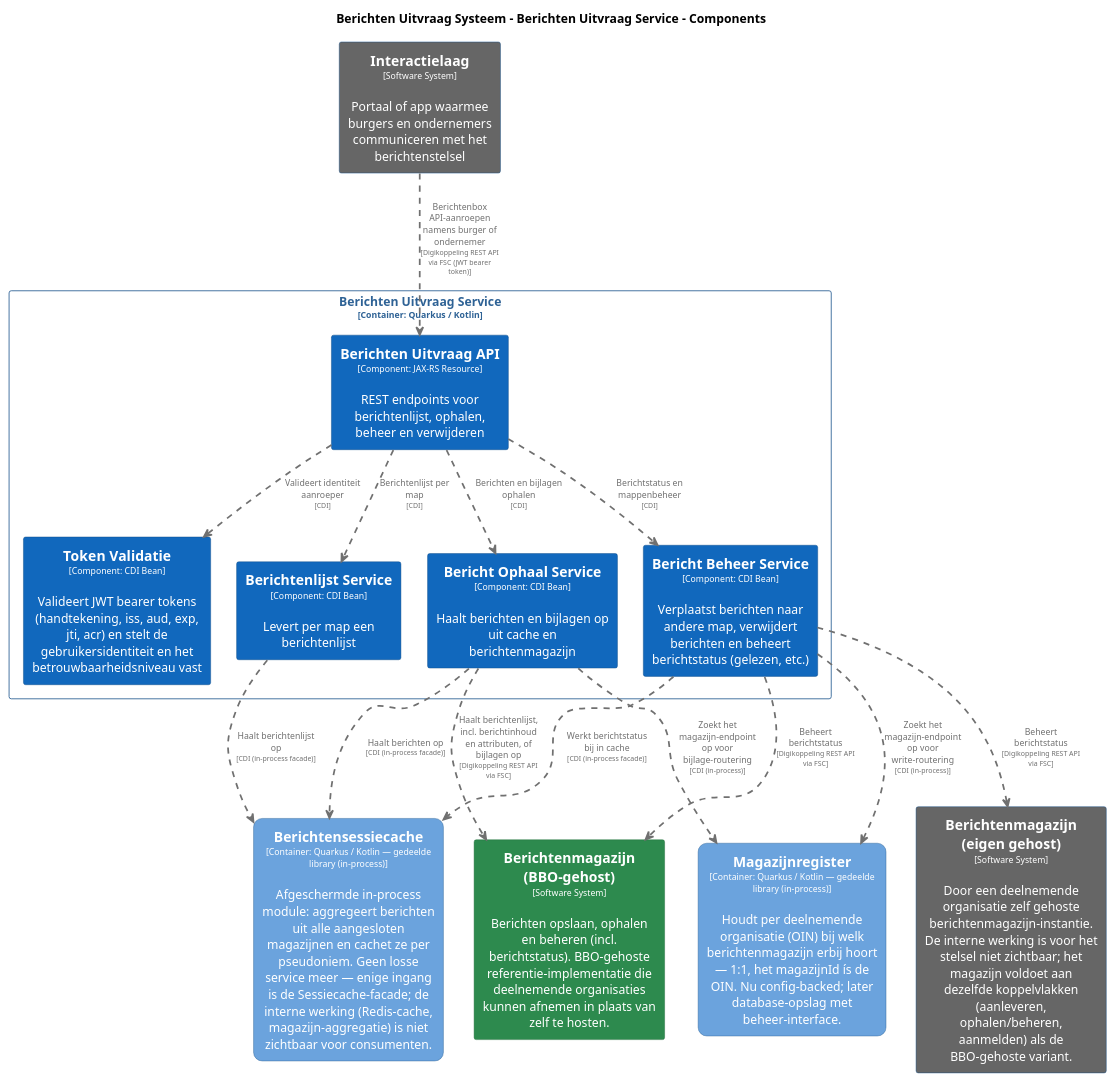
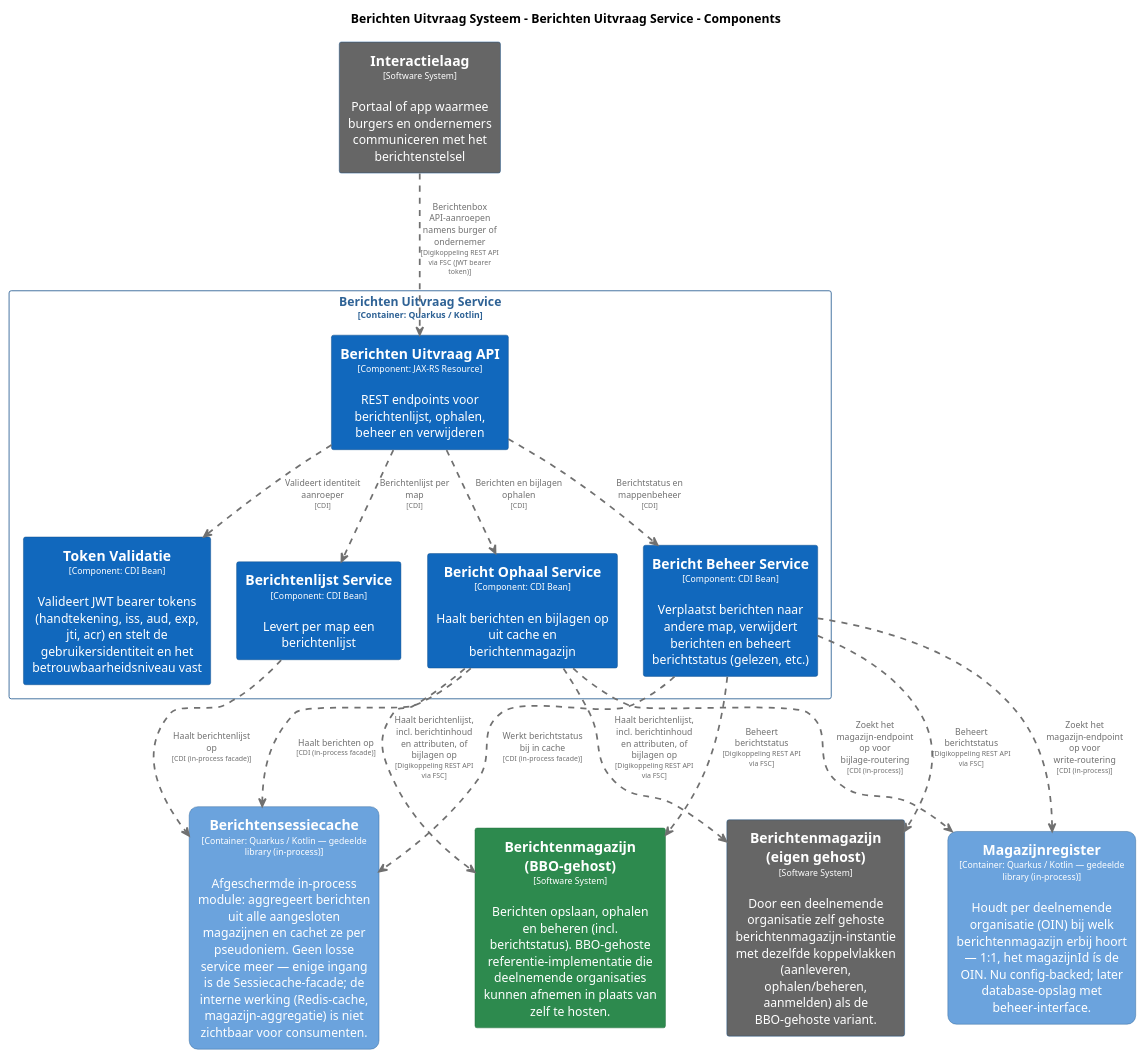
Before and after one commit to MinBZK/moza-poc-fbs-berichtenbox: the diagram in pr-preview/pr-95/master/puml/BerichtenUitvraagServiceComponenten.puml, drawn with PlantUML. The commit also changed 31 other files, not shown here.

```diff
--- a/pr-preview/pr-95/master/puml/BerichtenUitvraagServiceComponenten.puml
+++ b/pr-preview/pr-95/master/puml/BerichtenUitvraagServiceComponenten.puml
@@ -1,113 +1,114 @@
 @startuml
 set separator none
 title Berichten Uitvraag Systeem - Berichten Uitvraag Service - Components
 
 top to bottom direction
 skinparam ranksep 60
 skinparam nodesep 30
 
 skinparam {
   arrowFontSize 10
   defaultTextAlignment center
   wrapWidth 200
   maxMessageSize 100
 }
 
 hide stereotype
 
 skinparam rectangle<<BerichtenUitvraagSysteem.BerichtenUitvraagService.BerichtBeheerService>> {
   BackgroundColor #1168bd
   FontColor #ffffff
   BorderColor #0b4884
   shadowing false
 }
 skinparam rectangle<<BerichtenUitvraagSysteem.BerichtenUitvraagService.BerichtOphaalService>> {
   BackgroundColor #1168bd
   FontColor #ffffff
   BorderColor #0b4884
   shadowing false
 }
 skinparam rectangle<<BerichtenUitvraagSysteem.BerichtenUitvraagService.BerichtenUitvraagAPI>> {
   BackgroundColor #1168bd
   FontColor #ffffff
   BorderColor #0b4884
   shadowing false
 }
 skinparam rectangle<<BerichtenUitvraagSysteem.BerichtenUitvraagService.BerichtenlijstService>> {
   BackgroundColor #1168bd
   FontColor #ffffff
   BorderColor #0b4884
   shadowing false
 }
 skinparam rectangle<<BerichtenmagazijnBBOgehost>> {
   BackgroundColor #2d8a4e
   FontColor #ffffff
   BorderColor #1e6b38
   shadowing false
 }
 skinparam rectangle<<Berichtenmagazijneigengehost>> {
   BackgroundColor #666666
   FontColor #ffffff
   BorderColor #0b4884
   shadowing false
 }
 skinparam rectangle<<BerichtenUitvraagSysteem.Berichtensessiecache>> {
   BackgroundColor #6ba3dd
   FontColor #ffffff
   BorderColor #2e6295
   roundCorner 20
   shadowing false
 }
 skinparam rectangle<<Interactielaag>> {
   BackgroundColor #666666
   FontColor #ffffff
   BorderColor #0b4884
   shadowing false
 }
 skinparam rectangle<<BerichtenUitvraagSysteem.Magazijnregister>> {
   BackgroundColor #6ba3dd
   FontColor #ffffff
   BorderColor #2e6295
   roundCorner 20
   shadowing false
 }
 skinparam rectangle<<BerichtenUitvraagSysteem.BerichtenUitvraagService.TokenValidatie>> {
   BackgroundColor #1168bd
   FontColor #ffffff
   BorderColor #0b4884
   shadowing false
 }
 skinparam rectangle<<BerichtenUitvraagSysteem.BerichtenUitvraagService>> {
   BorderColor #2e6295
   FontColor #2e6295
   shadowing false
 }
 
 rectangle "==Interactielaag\n<size:10>[Software System]</size>\n\nPortaal of app waarmee burgers en ondernemers communiceren met het berichtenstelsel" <<Interactielaag>> as Interactielaag
-rectangle "==Berichtenmagazijn (eigen gehost)\n<size:10>[Software System]</size>\n\nDoor een deelnemende organisatie zelf gehoste berichtenmagazijn-instantie. De interne werking is voor het stelsel niet zichtbaar; het magazijn voldoet aan dezelfde koppelvlakken (aanleveren, ophalen/beheren, aanmelden) als de BBO-gehoste variant." <<Berichtenmagazijneigengehost>> as Berichtenmagazijneigengehost
+rectangle "==Berichtenmagazijn (eigen gehost)\n<size:10>[Software System]</size>\n\nDoor een deelnemende organisatie zelf gehoste berichtenmagazijn-instantie met dezelfde koppelvlakken (aanleveren, ophalen/beheren, aanmelden) als de BBO-gehoste variant." <<Berichtenmagazijneigengehost>> as Berichtenmagazijneigengehost
 rectangle "==Berichtenmagazijn (BBO-gehost)\n<size:10>[Software System]</size>\n\nBerichten opslaan, ophalen en beheren (incl. berichtstatus). BBO-gehoste referentie-implementatie die deelnemende organisaties kunnen afnemen in plaats van zelf te hosten." <<BerichtenmagazijnBBOgehost>> as BerichtenmagazijnBBOgehost
 rectangle "==Berichtensessiecache\n<size:10>[Container: Quarkus / Kotlin — gedeelde library (in-process)]</size>\n\nAfgeschermde in-process module: aggregeert berichten uit alle aangesloten magazijnen en cachet ze per pseudoniem. Geen losse service meer — enige ingang is de Sessiecache-facade; de interne werking (Redis-cache, magazijn-aggregatie) is niet zichtbaar voor consumenten." <<BerichtenUitvraagSysteem.Berichtensessiecache>> as BerichtenUitvraagSysteem.Berichtensessiecache
 rectangle "==Magazijnregister\n<size:10>[Container: Quarkus / Kotlin — gedeelde library (in-process)]</size>\n\nHoudt per deelnemende organisatie (OIN) bij welk berichtenmagazijn erbij hoort — 1:1, het magazijnId ís de OIN. Nu config-backed; later database-opslag met beheer-interface." <<BerichtenUitvraagSysteem.Magazijnregister>> as BerichtenUitvraagSysteem.Magazijnregister
 
 rectangle "Berichten Uitvraag Service\n<size:10>[Container: Quarkus / Kotlin]</size>" <<BerichtenUitvraagSysteem.BerichtenUitvraagService>> {
   rectangle "==Berichten Uitvraag API\n<size:10>[Component: JAX-RS Resource]</size>\n\nREST endpoints voor berichtenlijst, ophalen, beheer en verwijderen" <<BerichtenUitvraagSysteem.BerichtenUitvraagService.BerichtenUitvraagAPI>> as BerichtenUitvraagSysteem.BerichtenUitvraagService.BerichtenUitvraagAPI
   rectangle "==Token Validatie\n<size:10>[Component: CDI Bean]</size>\n\nValideert JWT bearer tokens (handtekening, iss, aud, exp, jti, acr) en stelt de gebruikersidentiteit en het betrouwbaarheidsniveau vast" <<BerichtenUitvraagSysteem.BerichtenUitvraagService.TokenValidatie>> as BerichtenUitvraagSysteem.BerichtenUitvraagService.TokenValidatie
   rectangle "==Berichtenlijst Service\n<size:10>[Component: CDI Bean]</size>\n\nLevert per map een berichtenlijst" <<BerichtenUitvraagSysteem.BerichtenUitvraagService.BerichtenlijstService>> as BerichtenUitvraagSysteem.BerichtenUitvraagService.BerichtenlijstService
   rectangle "==Bericht Ophaal Service\n<size:10>[Component: CDI Bean]</size>\n\nHaalt berichten en bijlagen op uit cache en berichtenmagazijn" <<BerichtenUitvraagSysteem.BerichtenUitvraagService.BerichtOphaalService>> as BerichtenUitvraagSysteem.BerichtenUitvraagService.BerichtOphaalService
   rectangle "==Bericht Beheer Service\n<size:10>[Component: CDI Bean]</size>\n\nVerplaatst berichten naar andere map, verwijdert berichten en beheert berichtstatus (gelezen, etc.)" <<BerichtenUitvraagSysteem.BerichtenUitvraagService.BerichtBeheerService>> as BerichtenUitvraagSysteem.BerichtenUitvraagService.BerichtBeheerService
 }
 
 BerichtenUitvraagSysteem.BerichtenUitvraagService.BerichtBeheerService .[#707070,thickness=2].> BerichtenmagazijnBBOgehost : "<color:#707070>Beheert berichtstatus\n<color:#707070><size:8>[Digikoppeling REST API via FSC]</size>"
+BerichtenUitvraagSysteem.BerichtenUitvraagService.BerichtOphaalService .[#707070,thickness=2].> Berichtenmagazijneigengehost : "<color:#707070>Haalt berichtenlijst, incl. berichtinhoud en attributen, of bijlagen op\n<color:#707070><size:8>[Digikoppeling REST API via FSC]</size>"
 BerichtenUitvraagSysteem.BerichtenUitvraagService.BerichtBeheerService .[#707070,thickness=2].> Berichtenmagazijneigengehost : "<color:#707070>Beheert berichtstatus\n<color:#707070><size:8>[Digikoppeling REST API via FSC]</size>"
 BerichtenUitvraagSysteem.BerichtenUitvraagService.BerichtenUitvraagAPI .[#707070,thickness=2].> BerichtenUitvraagSysteem.BerichtenUitvraagService.TokenValidatie : "<color:#707070>Valideert identiteit aanroeper\n<color:#707070><size:8>[CDI]</size>"
 BerichtenUitvraagSysteem.BerichtenUitvraagService.BerichtenUitvraagAPI .[#707070,thickness=2].> BerichtenUitvraagSysteem.BerichtenUitvraagService.BerichtenlijstService : "<color:#707070>Berichtenlijst per map\n<color:#707070><size:8>[CDI]</size>"
 BerichtenUitvraagSysteem.BerichtenUitvraagService.BerichtenUitvraagAPI .[#707070,thickness=2].> BerichtenUitvraagSysteem.BerichtenUitvraagService.BerichtOphaalService : "<color:#707070>Berichten en bijlagen ophalen\n<color:#707070><size:8>[CDI]</size>"
 BerichtenUitvraagSysteem.BerichtenUitvraagService.BerichtenUitvraagAPI .[#707070,thickness=2].> BerichtenUitvraagSysteem.BerichtenUitvraagService.BerichtBeheerService : "<color:#707070>Berichtstatus en mappenbeheer\n<color:#707070><size:8>[CDI]</size>"
 BerichtenUitvraagSysteem.BerichtenUitvraagService.BerichtOphaalService .[#707070,thickness=2].> BerichtenUitvraagSysteem.Berichtensessiecache : "<color:#707070>Haalt berichten op\n<color:#707070><size:8>[CDI (in-process facade)]</size>"
 BerichtenUitvraagSysteem.BerichtenUitvraagService.BerichtenlijstService .[#707070,thickness=2].> BerichtenUitvraagSysteem.Berichtensessiecache : "<color:#707070>Haalt berichtenlijst op\n<color:#707070><size:8>[CDI (in-process facade)]</size>"
 BerichtenUitvraagSysteem.BerichtenUitvraagService.BerichtBeheerService .[#707070,thickness=2].> BerichtenUitvraagSysteem.Berichtensessiecache : "<color:#707070>Werkt berichtstatus bij in cache\n<color:#707070><size:8>[CDI (in-process facade)]</size>"
 BerichtenUitvraagSysteem.BerichtenUitvraagService.BerichtOphaalService .[#707070,thickness=2].> BerichtenUitvraagSysteem.Magazijnregister : "<color:#707070>Zoekt het magazijn-endpoint op voor bijlage-routering\n<color:#707070><size:8>[CDI (in-process)]</size>"
 BerichtenUitvraagSysteem.BerichtenUitvraagService.BerichtBeheerService .[#707070,thickness=2].> BerichtenUitvraagSysteem.Magazijnregister : "<color:#707070>Zoekt het magazijn-endpoint op voor write-routering\n<color:#707070><size:8>[CDI (in-process)]</size>"
 Interactielaag .[#707070,thickness=2].> BerichtenUitvraagSysteem.BerichtenUitvraagService.BerichtenUitvraagAPI : "<color:#707070>Berichtenbox API-aanroepen namens burger of ondernemer\n<color:#707070><size:8>[Digikoppeling REST API via FSC (JWT bearer token)]</size>"
 BerichtenUitvraagSysteem.BerichtenUitvraagService.BerichtOphaalService .[#707070,thickness=2].> BerichtenmagazijnBBOgehost : "<color:#707070>Haalt berichtenlijst, incl. berichtinhoud en attributen, of bijlagen op\n<color:#707070><size:8>[Digikoppeling REST API via FSC]</size>"
 @enduml
```
